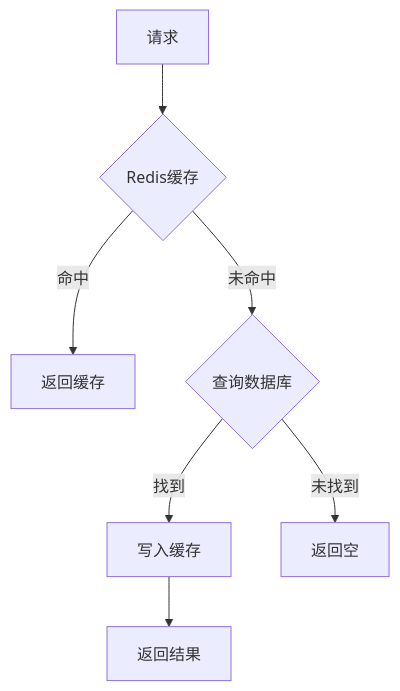
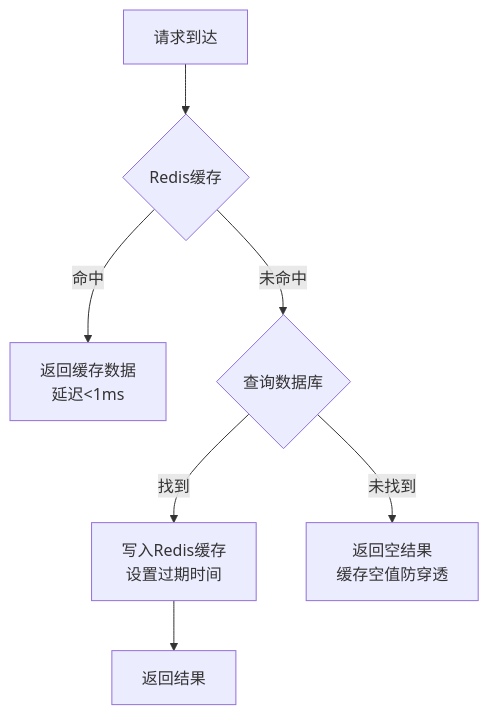
One commit to xt765/ResumeScreening changed diagram 14 of 14 in README.md. Above: the diagram before and after it, drawn with Mermaid. The commit also changed other lines of this file and 2 other files, not shown here.

First line of the commit message:
docs: README添加详细文字讲解，实现图文并茂

````diff
--- a/README.md
+++ b/README.md
@@ -512,9 +819,9 @@
 ```mermaid
 graph TB
-    A[请求] --> B{Redis缓存}
-    B -->|命中| C[返回缓存]
+    A[请求到达] --> B{Redis缓存}
+    B -->|命中| C[返回缓存数据<br/>延迟<1ms]
     B -->|未命中| D{查询数据库}
-    D -->|找到| E[写入缓存]
+    D -->|找到| E[写入Redis缓存<br/>设置过期时间]
     E --> F[返回结果]
-    D -->|未找到| G[返回空]
+    D -->|未找到| G[返回空结果<br/>缓存空值防穿透]
 ```
````
